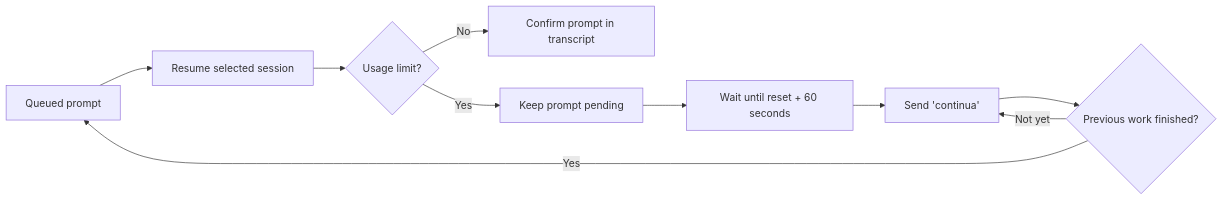
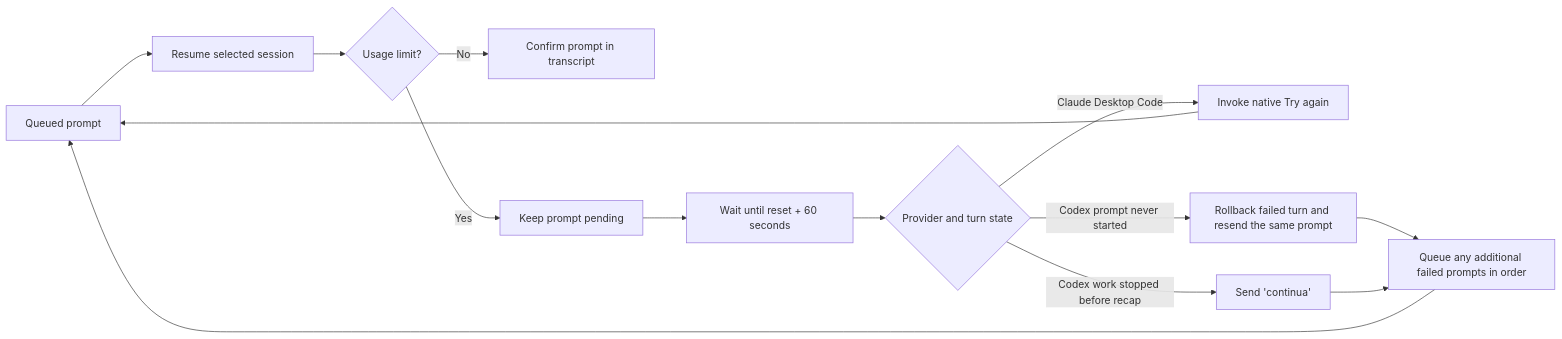
One commit to ravhello/claude-codex-queue changed the diagram in README.md. Above: the diagram before and after it, drawn with Mermaid. The commit also changed other lines of this file and 5 other files, not shown here.

Commit message:
Implement provider-native auto recovery

````diff
--- a/README.md
+++ b/README.md
@@ -149,12 +149,16 @@
 ```mermaid
 flowchart LR
     A["Queued prompt"] --> B["Resume selected session"]
     B --> C{"Usage limit?"}
     C -- "No" --> D["Confirm prompt in transcript"]
     C -- "Yes" --> E["Keep prompt pending"]
     E --> F["Wait until reset + 60 seconds"]
-    F --> G["Send 'continua'"]
-    G --> H{"Previous work finished?"}
-    H -- "Not yet" --> G
-    H -- "Yes" --> A
+    F --> G{"Provider and turn state"}
+    G -- "Claude Desktop Code" --> H["Invoke native Try again"]
+    G -- "Codex prompt never started" --> I["Rollback failed turn and resend the same prompt"]
+    G -- "Codex work stopped before recap" --> J["Send 'continua'"]
+    I --> K["Queue any additional failed prompts in order"]
+    J --> K
+    H --> A
+    K --> A
 ```
````
